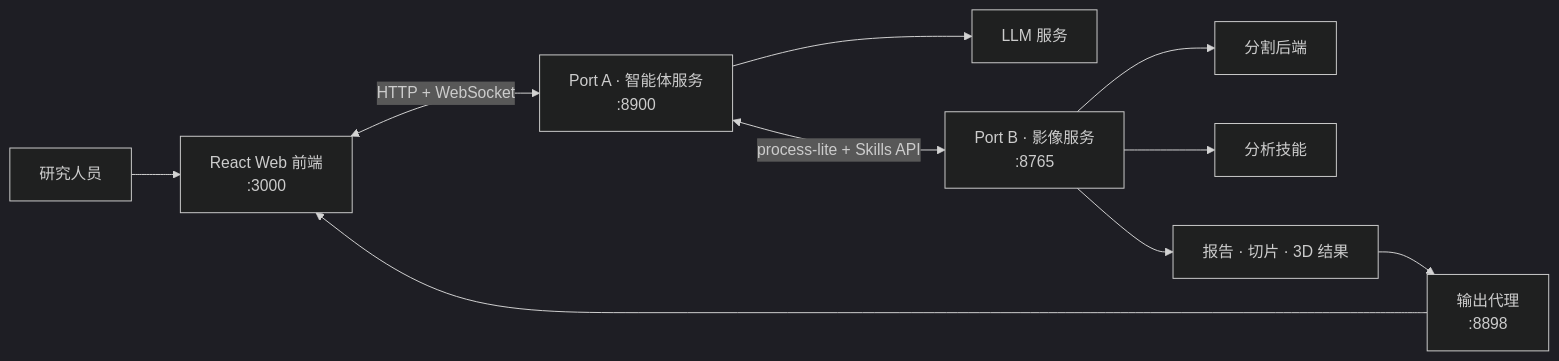
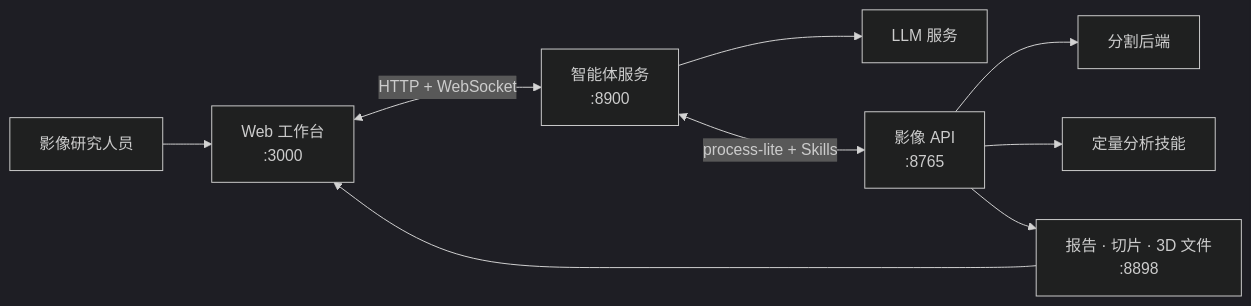
The diagram in README.zh-CN.md (ZJUMAI/VoxelSage), drawn with Mermaid (dark theme) before and after one commit. The commit also changed other lines of this file and 2 other files, not shown here.

````diff
--- a/README.zh-CN.md
+++ b/README.zh-CN.md
@@ -63,12 +135,11 @@
 ```mermaid
 flowchart LR
-    U["研究人员"] --> F["React Web 前端<br/>:3000"]
-    F <-->|"HTTP + WebSocket"| A["Port A · 智能体服务<br/>:8900"]
+    U["影像研究人员"] --> F["Web 工作台<br/>:3000"]
+    F <-->|"HTTP + WebSocket"| A["智能体服务<br/>:8900"]
     A --> L["LLM 服务"]
-    A <-->|"process-lite + Skills API"| B["Port B · 影像服务<br/>:8765"]
+    A <-->|"process-lite + Skills"| B["影像 API<br/>:8765"]
     B --> S["分割后端"]
-    B --> K["分析技能"]
-    B --> O["报告 · 切片 · 3D 结果"]
-    O --> P["输出代理<br/>:8898"]
+    B --> K["定量分析技能"]
+    B --> P["报告 · 切片 · 3D 文件<br/>:8898"]
     P --> F
 ```
````
